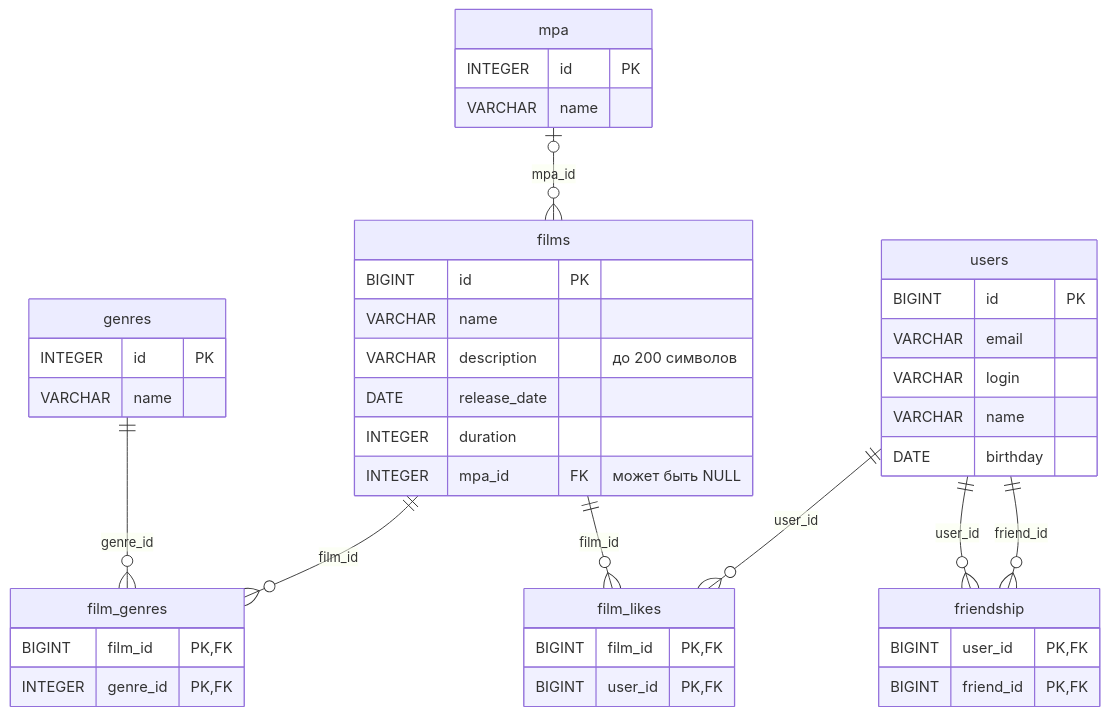
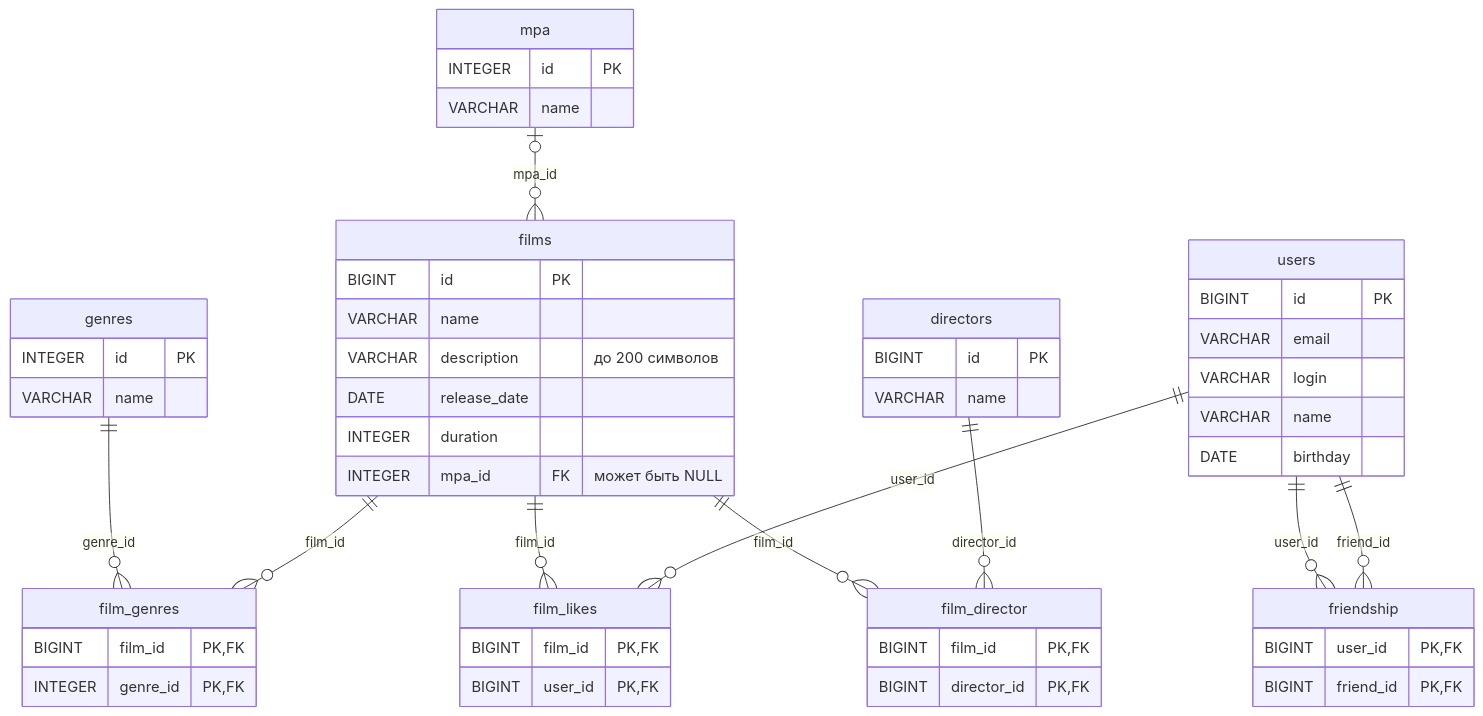
Before and after one commit to ksupyl/java-filmorate: the diagram in README.md, drawn with Mermaid. The commit also changed other lines of this file and 10 other files, not shown here.

````diff
--- a/README.md
+++ b/README.md
@@ -94,46 +105,56 @@
 ```mermaid
 erDiagram
     genres ||--o{ film_genres : "genre_id"
     films ||--o{ film_genres : "film_id"
     mpa |o--o{ films : "mpa_id"
     films ||--o{ film_likes : "film_id"
     users ||--o{ film_likes : "user_id"
     users ||--o{ friendship : "user_id"
     users ||--o{ friendship : "friend_id"
+    films ||--o{film_director : "film_id"
+    directors ||--o{film_director : "director_id"
 
     films {
         BIGINT id PK
         VARCHAR name
         VARCHAR description "до 200 символов"
         DATE release_date
         INTEGER duration
         INTEGER mpa_id FK "может быть NULL"
     }
     users {
         BIGINT id PK
         VARCHAR email
         VARCHAR login
         VARCHAR name
         DATE birthday
     }
     mpa {
         INTEGER id PK
         VARCHAR name
     }
     genres {
         INTEGER id PK
         VARCHAR name
     }
     film_genres {
         BIGINT film_id PK, FK
         INTEGER genre_id PK, FK
     }
     film_likes {
         BIGINT film_id PK, FK
         BIGINT user_id PK, FK
     }
     friendship {
         BIGINT user_id PK, FK
         BIGINT friend_id PK, FK
     }
+    directors {
+        BIGINT id PK
+        VARCHAR name
+    }
+    film_director {
+        BIGINT film_id  PK, FK
+        BIGINT director_id PK, FK
+    }
 ```
````
